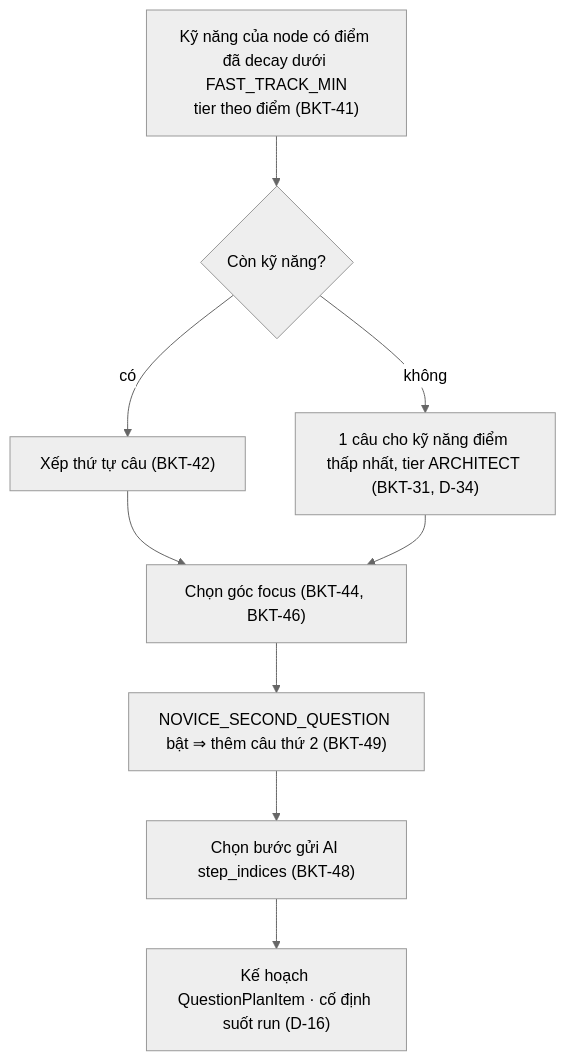
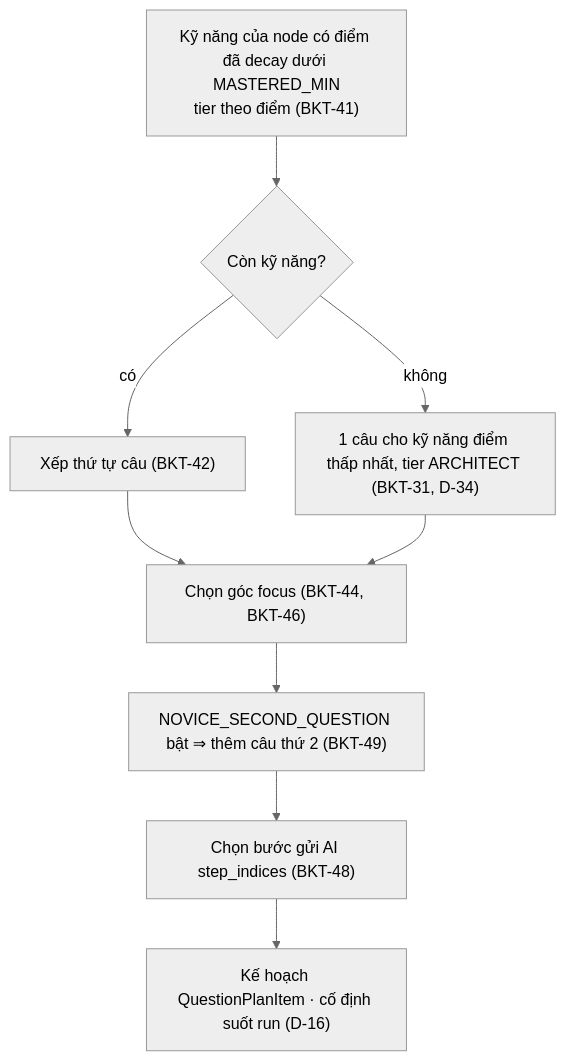
The second of 2 diagrams in spec/22_BKT_VA_KE_HOACH_CAU_HOI.md (huynhthanhnhannnh-pixel/Hackathon_SGU), drawn with Mermaid (neutral theme) before and after one commit. The commit also changed other lines of this file and 11 other files, not shown here.

First line of the commit message:
docs(spec): D-55..D-60 — bố cục điểm bắt đầu, nối node thuật toán, mobile, main mọi ngôn ngữ, lưu đoạn code đã cắt, đổi tên MASTERED_MIN

````diff
--- a/spec/22_BKT_VA_KE_HOACH_CAU_HOI.md
+++ b/spec/22_BKT_VA_KE_HOACH_CAU_HOI.md
@@ -133,11 +133,11 @@
 ```mermaid
 flowchart TD
-  L["Kỹ năng của node có điểm đã decay dưới FAST_TRACK_MIN<br/>tier theo điểm (BKT-41)"] --> E{"Còn kỹ năng?"}
+  L["Kỹ năng của node có điểm đã decay dưới MASTERED_MIN<br/>tier theo điểm (BKT-41)"] --> E{"Còn kỹ năng?"}
   E -- "không" --> CP["1 câu cho kỹ năng điểm thấp nhất, tier ARCHITECT (BKT-31, D-34)"]
   E -- "có" --> O["Xếp thứ tự câu (BKT-42)"]
   O --> F["Chọn góc focus (BKT-44, BKT-46)"]
   CP --> F
   F --> X["NOVICE_SECOND_QUESTION bật ⇒ thêm câu thứ 2 (BKT-49)"]
   X --> S["Chọn bước gửi AI step_indices (BKT-48)"]
   S --> P["Kế hoạch QuestionPlanItem · cố định suốt run (D-16)"]
 ```
````
